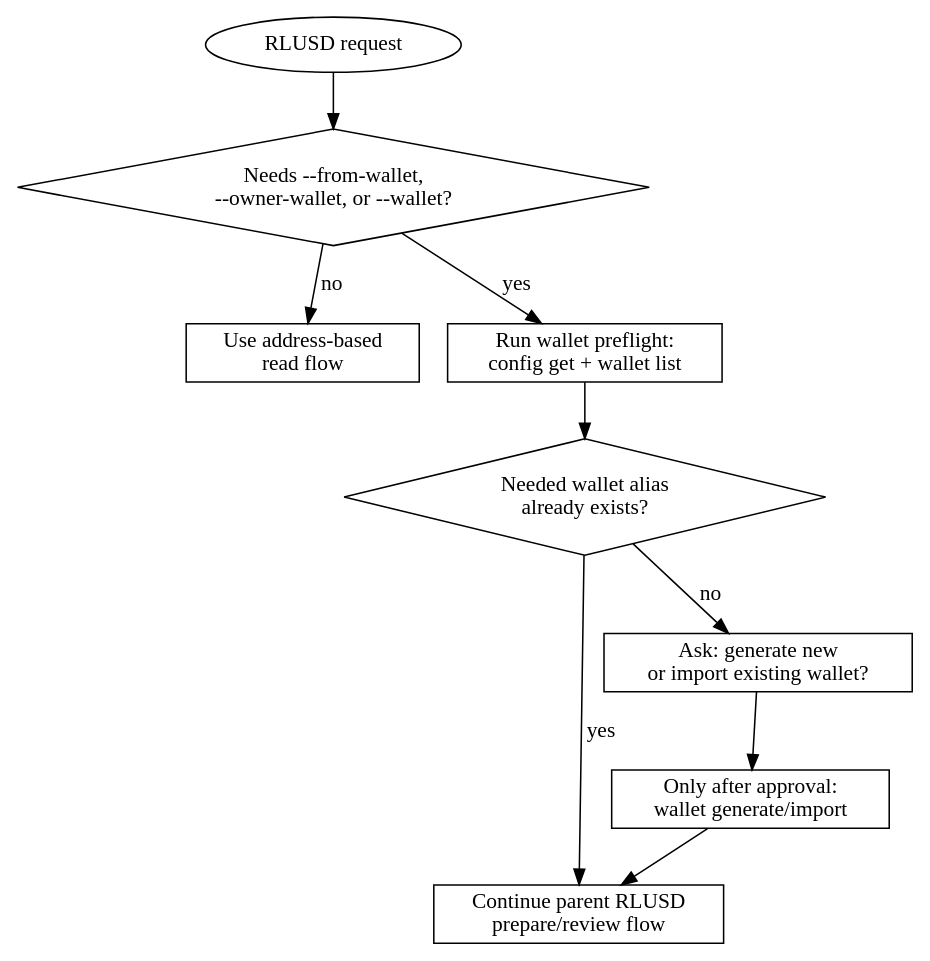
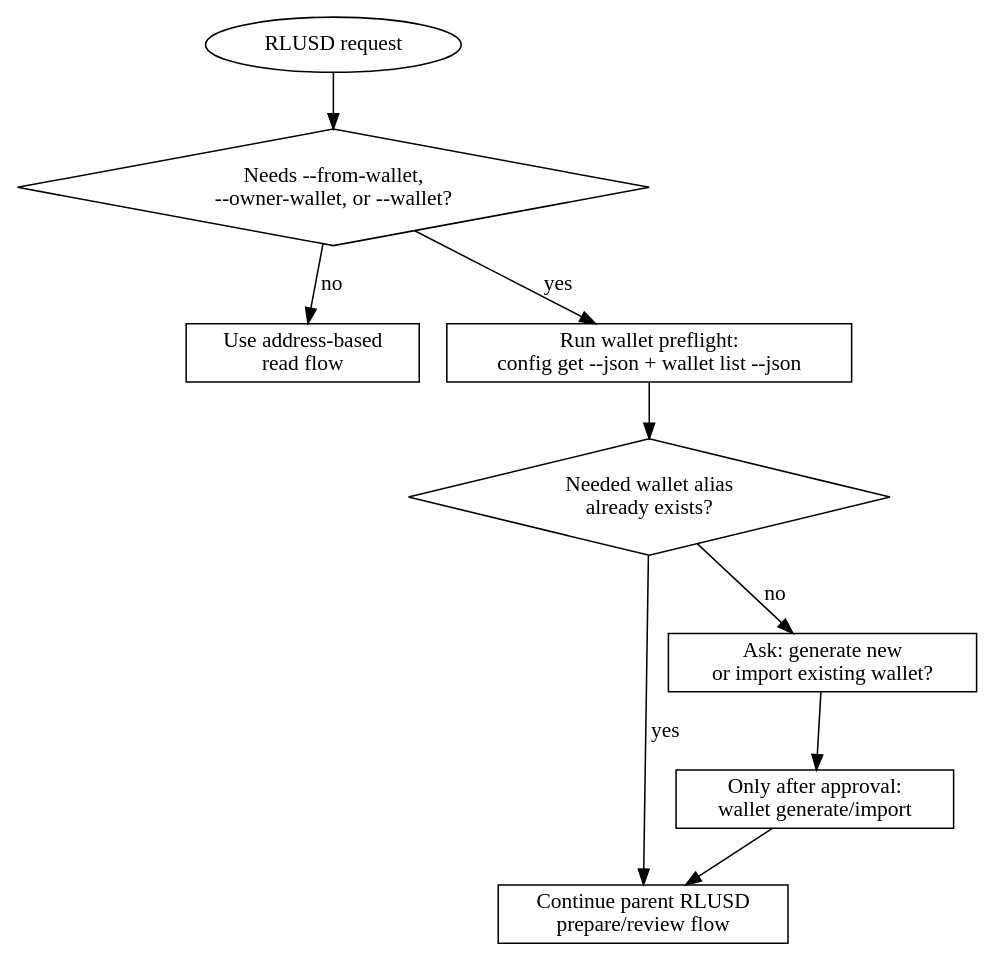
Before and after one commit to t54-labs/rlusd-skills: the diagram in skills/rlusd-wallets/SKILL.md, drawn with Graphviz. The commit also changed other lines of this file and 5 other files, not shown here.

First line of the commit message:
docs: clarify skill handoffs and wallet JSON guidance

````diff
--- a/skills/rlusd-wallets/SKILL.md
+++ b/skills/rlusd-wallets/SKILL.md
@@ -36,22 +36,22 @@
 ```dot
 digraph wallet_preflight {
     rankdir=TB;
     request [label="RLUSD request", shape=ellipse];
     wallet_backed [label="Needs --from-wallet,\n--owner-wallet, or --wallet?", shape=diamond];
     read_only [label="Use address-based\nread flow", shape=box];
-    inspect [label="Run wallet preflight:\nconfig get + wallet list", shape=box];
+    inspect [label="Run wallet preflight:\nconfig get --json + wallet list --json", shape=box];
     exists [label="Needed wallet alias\nalready exists?", shape=diamond];
     continue [label="Continue parent RLUSD\nprepare/review flow", shape=box];
     ask [label="Ask: generate new\nor import existing wallet?", shape=box];
     create [label="Only after approval:\nwallet generate/import", shape=box];
 
     request -> wallet_backed;
     wallet_backed -> read_only [label="no"];
     wallet_backed -> inspect [label="yes"];
     inspect -> exists;
     exists -> continue [label="yes"];
     exists -> ask [label="no"];
     ask -> create;
     create -> continue;
 }
 ```
````
